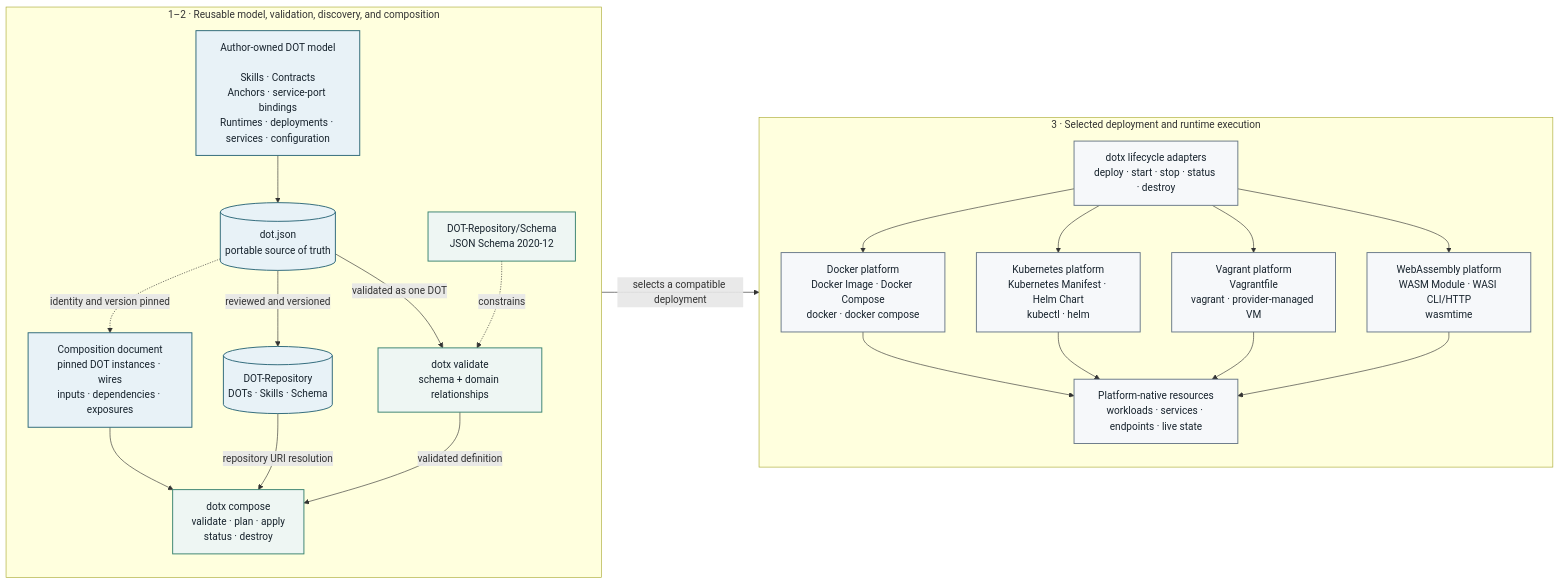
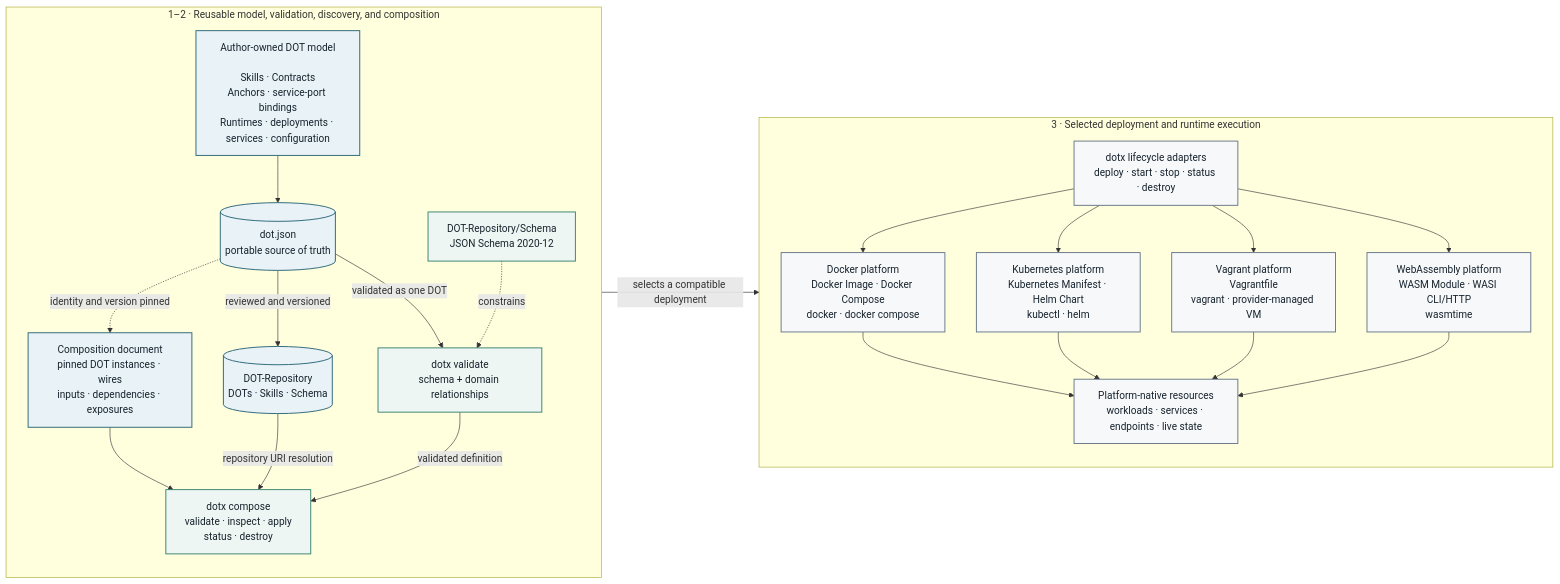
Before and after one commit to MARE-EU-Project/DOT-Docs: the diagram in DOT-Design/next/dot-design/_attachments/diagrams/dot-system-context.mmd, drawn with Mermaid. The commit also changed 20 other files, not shown here.

```diff
--- a/DOT-Design/next/dot-design/_attachments/diagrams/dot-system-context.mmd
+++ b/DOT-Design/next/dot-design/_attachments/diagrams/dot-system-context.mmd
@@ -1,52 +1,52 @@
 flowchart LR
   accTitle: DOT-Design system context and supported runtime mappings
   accDescr: DOT authors combine capabilities, contracts, anchors, service bindings, configuration, and runtime declarations in dot.json. DOT-Repository co-versions definitions, the generated schema, and high-level skill classifications; dotx validates the reusable definition, and a separate composition pins instances and wires. The dotx lifecycle layer deploys Docker images, Docker Compose, Kubernetes manifests, Helm charts, Vagrantfiles, and SHA-256-pinned WebAssembly modules through Wasmtime and WASI.
 
   subgraph DesignTime["1–2 · Reusable model, validation, discovery, and composition"]
     direction TB
     Authored["Author-owned DOT model<br/><br/>Skills · Contracts<br/>Anchors · service-port bindings<br/>Runtimes · deployments · services · configuration"]
     Dot[("dot.json<br/>portable source of truth")]
     Authored --> Dot
 
     Schema["DOT-Repository/Schema<br/>JSON Schema 2020-12"] -.->|constrains| Validation["dotx validate<br/>schema + domain relationships"]
     Repository[("DOT-Repository<br/>DOTs · Skills · Schema")]
     Document["Composition document<br/>pinned DOT instances · wires<br/>inputs · dependencies · exposures"]
-    Compose["dotx compose<br/>validate · plan · apply<br/>status · destroy"]
+    Compose["dotx compose<br/>validate · inspect · apply<br/>status · destroy"]
 
     Dot -->|validated as one DOT| Validation
     Dot -->|reviewed and versioned| Repository
     Dot -.->|identity and version pinned| Document
     Document --> Compose
     Validation -->|validated definition| Compose
     Repository -->|repository URI resolution| Compose
   end
 
   subgraph Execution["3 · Selected deployment and runtime execution"]
     direction TB
     Adapters["dotx lifecycle adapters<br/>deploy · start · stop · status · destroy"]
     Docker["Docker platform<br/>Docker Image · Docker Compose<br/>docker · docker compose"]
     Kubernetes["Kubernetes platform<br/>Kubernetes Manifest · Helm Chart<br/>kubectl · helm"]
     Vagrant["Vagrant platform<br/>Vagrantfile<br/>vagrant · provider-managed VM"]
     Wasm["WebAssembly platform<br/>WASM Module · WASI CLI/HTTP<br/>wasmtime"]
     Native["Platform-native resources<br/>workloads · services · endpoints · live state"]
 
     Adapters --> Docker
     Adapters --> Kubernetes
     Adapters --> Vagrant
     Adapters --> Wasm
     Docker --> Native
     Kubernetes --> Native
     Vagrant --> Native
     Wasm --> Native
   end
 
   DesignTime -->|selects a compatible deployment| Execution
 
   classDef artifact fill:#e8f2f7,stroke:#2b6777,color:#17232d,stroke-width:1.5px;
   classDef service fill:#eef6f3,stroke:#39826f,color:#17232d,stroke-width:1.5px;
   classDef runtime fill:#f6f8fa,stroke:#687887,color:#17232d,stroke-width:1.5px;
   classDef pending fill:#fff7d6,stroke:#b7791f,color:#3d2b0a,stroke-width:1.5px,stroke-dasharray:5 4;
   class Authored,Dot,Document artifact;
   class Schema,Validation,Compose service;
   class Repository artifact;
   class Adapters,Docker,Kubernetes,Vagrant,Wasm,Native runtime;
```
